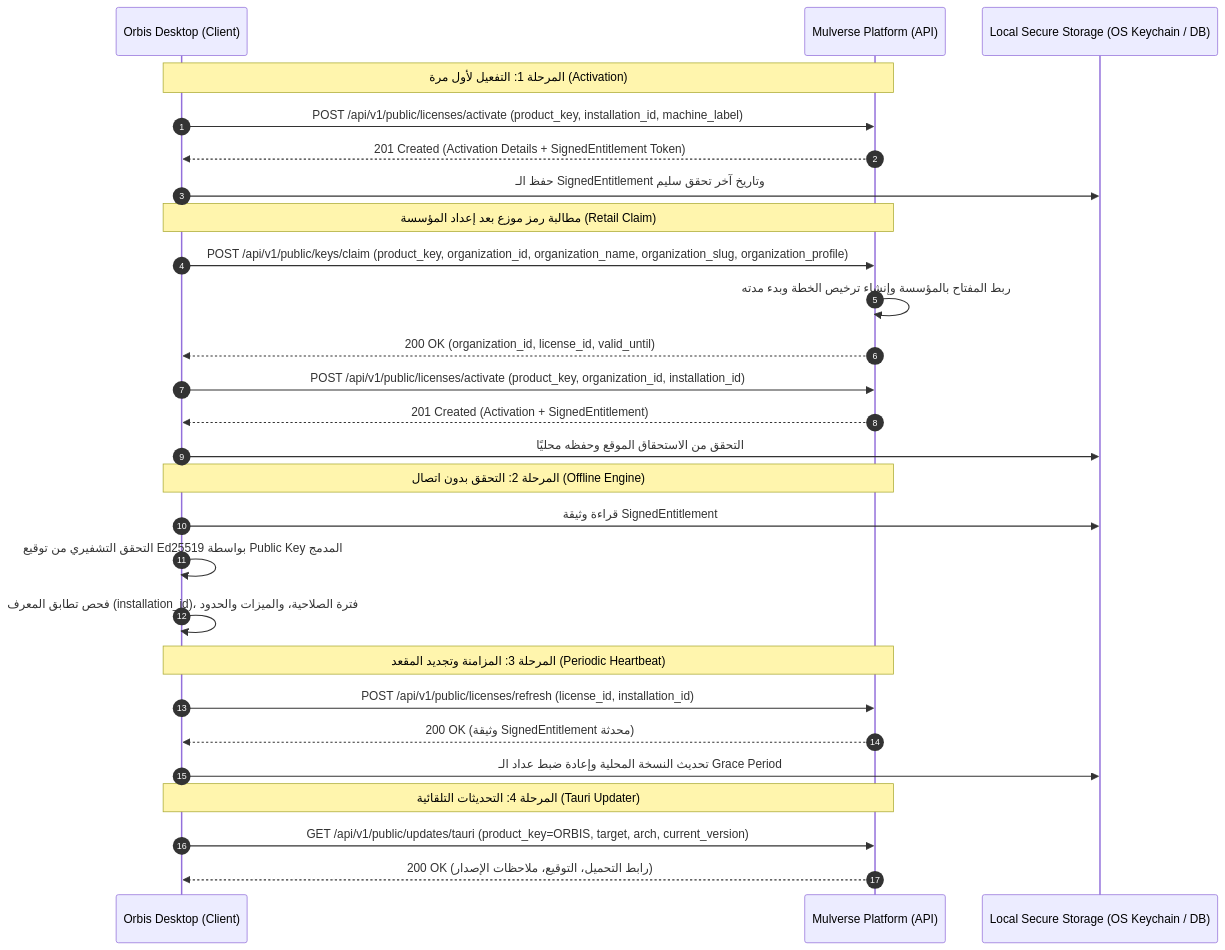
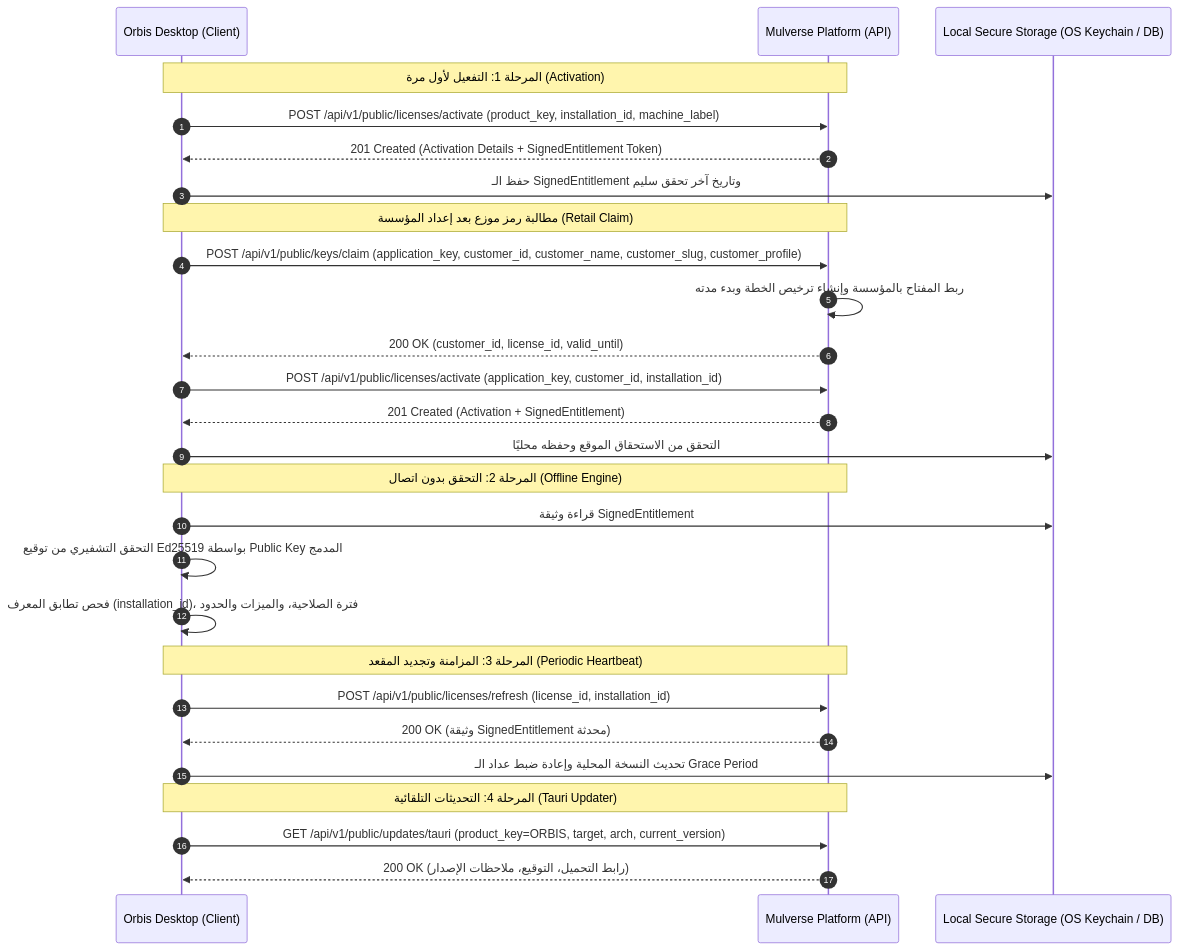
The diagram in docs/ORBIS_INTEGRATION_CONTRACT.md (MxHabob/Orbis), drawn with Mermaid before and after one commit. The commit also changed other lines of this file and 3 other files, not shown here.

````diff
--- a/docs/ORBIS_INTEGRATION_CONTRACT.md
+++ b/docs/ORBIS_INTEGRATION_CONTRACT.md
@@ -72,34 +72,34 @@
 ```mermaid
 sequenceDiagram
     autonumber
     participant Orbis as Orbis Desktop (Client)
     participant Platform as Mulverse Platform (API)
     participant SecStorage as Local Secure Storage (OS Keychain / DB)
 
     Note over Orbis, Platform: المرحلة 1: التفعيل لأول مرة (Activation)
     Orbis->>Platform: POST /api/v1/public/licenses/activate (product_key, installation_id, machine_label)
     Platform-->>Orbis: 201 Created (Activation Details + SignedEntitlement Token)
     Orbis->>SecStorage: حفظ الـ SignedEntitlement وتاريخ آخر تحقق سليم
 
     Note over Orbis, Platform: مطالبة رمز موزع بعد إعداد المؤسسة (Retail Claim)
-    Orbis->>Platform: POST /api/v1/public/keys/claim (product_key, organization_id, organization_name, organization_slug, organization_profile)
+    Orbis->>Platform: POST /api/v1/public/keys/claim (application_key, customer_id, customer_name, customer_slug, customer_profile)
     Platform->>Platform: ربط المفتاح بالمؤسسة وإنشاء ترخيص الخطة وبدء مدته
-    Platform-->>Orbis: 200 OK (organization_id, license_id, valid_until)
-    Orbis->>Platform: POST /api/v1/public/licenses/activate (product_key, organization_id, installation_id)
+    Platform-->>Orbis: 200 OK (customer_id, license_id, valid_until)
+    Orbis->>Platform: POST /api/v1/public/licenses/activate (application_key, customer_id, installation_id)
     Platform-->>Orbis: 201 Created (Activation + SignedEntitlement)
     Orbis->>SecStorage: التحقق من الاستحقاق الموقع وحفظه محليًا
 
     Note over Orbis, Platform: المرحلة 2: التحقق بدون اتصال (Offline Engine)
     Orbis->>SecStorage: قراءة وثيقة SignedEntitlement
     Orbis->>Orbis: التحقق التشفيري من توقيع Ed25519 بواسطة Public Key المدمج
     Orbis->>Orbis: فحص تطابق المعرف (installation_id)، فترة الصلاحية، والميزات والحدود
 
     Note over Orbis, Platform: المرحلة 3: المزامنة وتجديد المقعد (Periodic Heartbeat)
     Orbis->>Platform: POST /api/v1/public/licenses/refresh (license_id, installation_id)
     Platform-->>Orbis: 200 OK (وثيقة SignedEntitlement محدثة)
     Orbis->>SecStorage: تحديث النسخة المحلية وإعادة ضبط عداد الـ Grace Period
 
     Note over Orbis, Platform: المرحلة 4: التحديثات التلقائية (Tauri Updater)
     Orbis->>Platform: GET /api/v1/public/updates/tauri (product_key=ORBIS, target, arch, current_version)
     Platform-->>Orbis: 200 OK (رابط التحميل، التوقيع، ملاحظات الإصدار)
 ```
````
